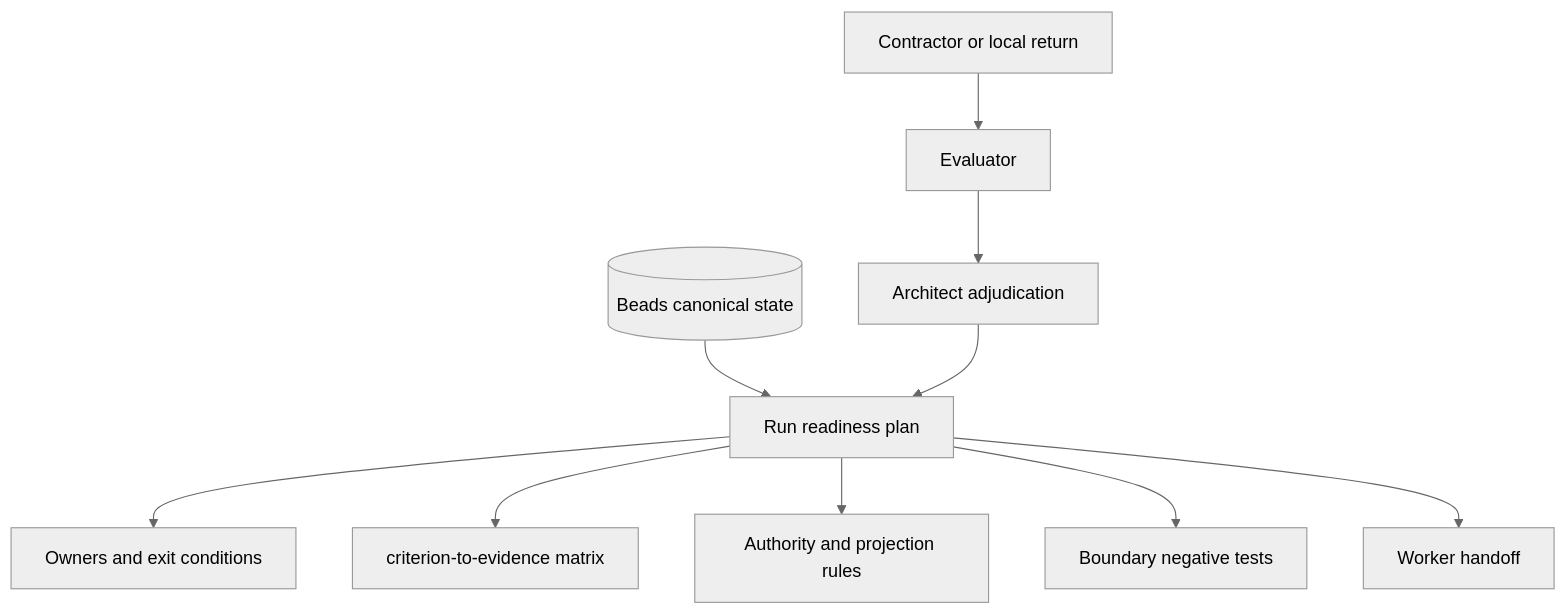
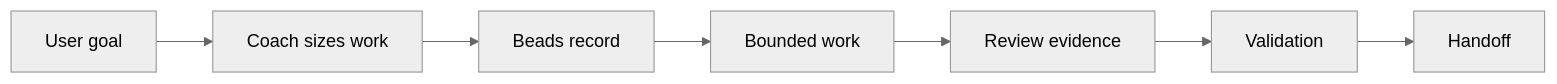
The second of 3 diagrams in README.md (gprocunier/complex-work-orchestration), drawn with Mermaid (neutral theme) before and after one commit. The commit also changed other lines of this file and 8 other files, not shown here.

````diff
--- a/README.md
+++ b/README.md
@@ -351,12 +133,9 @@
 ```mermaid
-flowchart TD
-    Beads[(Beads canonical state)] --> Plan[Run readiness plan]
-    Plan --> Owners[Owners and exit conditions]
-    Plan --> Matrix[criterion-to-evidence matrix]
-    Plan --> Authority[Authority and projection rules]
-    Plan --> Tests[Boundary negative tests]
-    Plan --> Handoff[Worker handoff]
-    Contractor[Contractor or local return] --> Evaluate[Evaluator]
-    Evaluate --> Adjudicate[Architect adjudication]
-    Adjudicate --> Plan
+flowchart LR
+    U[User goal] --> C[Coach sizes work]
+    C --> B[Beads record]
+    B --> W[Bounded work]
+    W --> R[Review evidence]
+    R --> V[Validation]
+    V --> H[Handoff]
 ```
````
